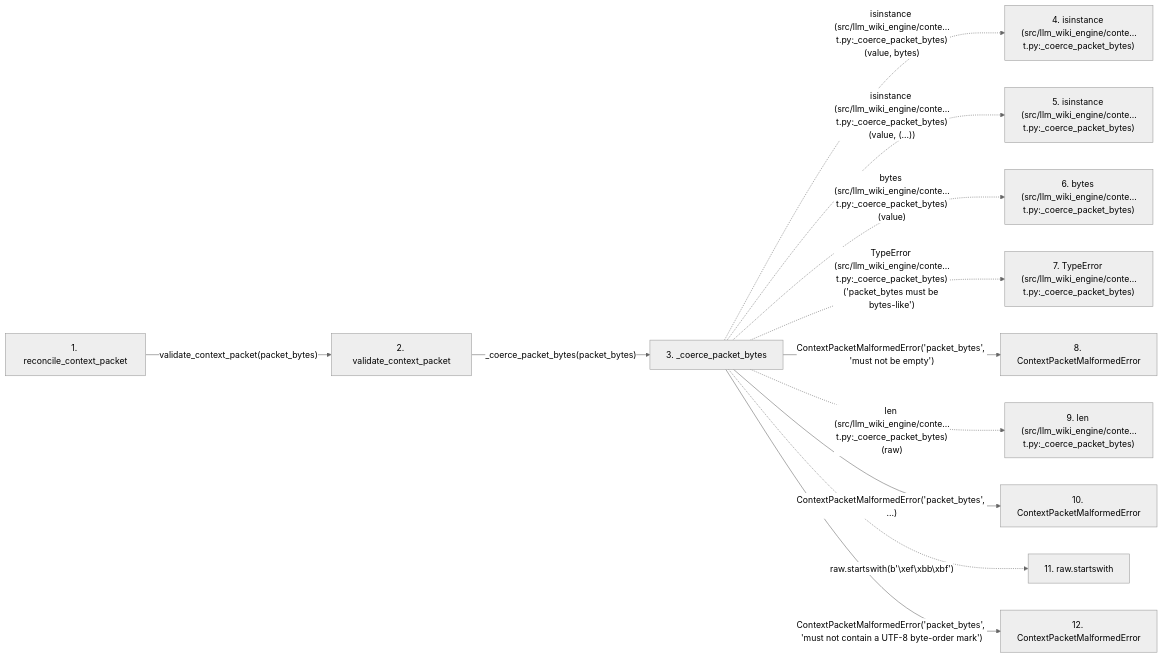
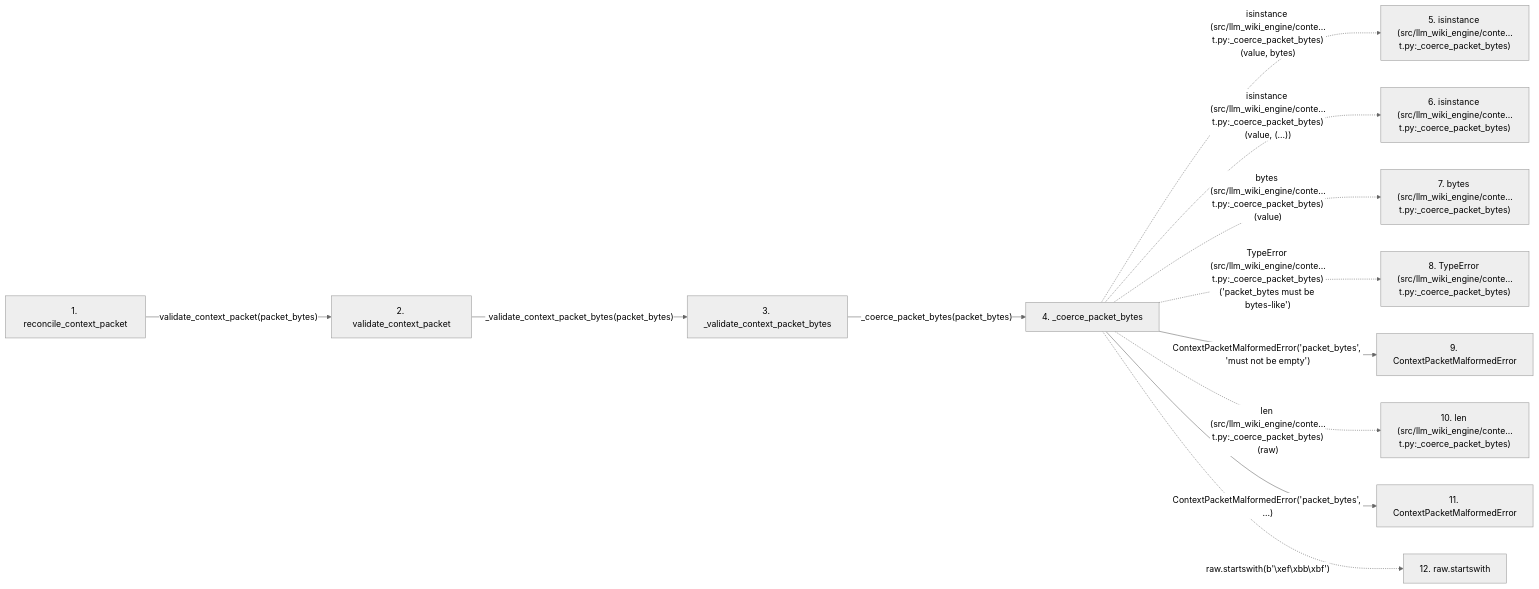
One commit to Denissvgn/python-wiki-llm changed the second of 2 diagrams in docs/llm_wiki/flows/api-reconcile_context_packet-context_packet_builder.md. Above: the diagram before and after it, drawn with Mermaid (neutral theme). The commit also changed other lines of this file and 869 other files, not shown here.

Commit message:
docs: refresh the wiki for the engine layout and producer opt-in

````diff
--- a/docs/llm_wiki/flows/api-reconcile_context_packet-context_packet_builder.md
+++ b/docs/llm_wiki/flows/api-reconcile_context_packet-context_packet_builder.md
@@ -196,32 +196,32 @@
 ```mermaid
 flowchart LR
     s1["1. reconcile_context_packet"]
     s2["2. validate_context_packet"]
-    s3["3. _coerce_packet_bytes"]
-    s4["4. isinstance (src/llm_wiki_engine/conte…t.py:_coerce_packet_bytes)"]
+    s3["3. _validate_context_packet_bytes"]
+    s4["4. _coerce_packet_bytes"]
     s5["5. isinstance (src/llm_wiki_engine/conte…t.py:_coerce_packet_bytes)"]
-    s6["6. bytes (src/llm_wiki_engine/conte…t.py:_coerce_packet_bytes)"]
-    s7["7. TypeError (src/llm_wiki_engine/conte…t.py:_coerce_packet_bytes)"]
-    s8["8. ContextPacketMalformedError"]
-    s9["9. len (src/llm_wiki_engine/conte…t.py:_coerce_packet_bytes)"]
-    s10["10. ContextPacketMalformedError"]
-    s11["11. raw.startswith"]
-    s12["12. ContextPacketMalformedError"]
+    s6["6. isinstance (src/llm_wiki_engine/conte…t.py:_coerce_packet_bytes)"]
+    s7["7. bytes (src/llm_wiki_engine/conte…t.py:_coerce_packet_bytes)"]
+    s8["8. TypeError (src/llm_wiki_engine/conte…t.py:_coerce_packet_bytes)"]
+    s9["9. ContextPacketMalformedError"]
+    s10["10. len (src/llm_wiki_engine/conte…t.py:_coerce_packet_bytes)"]
+    s11["11. ContextPacketMalformedError"]
+    s12["12. raw.startswith"]
     s1 -->|"validate_context_packet(packet_bytes)"| s2
-    s2 -->|"_coerce_packet_bytes(packet_bytes)"| s3
-    s3 -. "isinstance (src/llm_wiki_engine/conte…t.py:_coerce_packet_bytes)(value, bytes)" .-> s4
-    s3 -. "isinstance (src/llm_wiki_engine/conte…t.py:_coerce_packet_bytes)(value, (...))" .-> s5
-    s3 -. "bytes (src/llm_wiki_engine/conte…t.py:_coerce_packet_bytes)(value)" .-> s6
-    s3 -. "TypeError (src/llm_wiki_engine/conte…t.py:_coerce_packet_bytes)('packet_bytes must be bytes-like')" .-> s7
-    s3 -->|"ContextPacketMalformedError('packet_bytes', 'must not be empty')"| s8
-    s3 -. "len (src/llm_wiki_engine/conte…t.py:_coerce_packet_bytes)(raw)" .-> s9
-    s3 -->|"ContextPacketMalformedError('packet_bytes', ...)"| s10
-    s3 -. "raw.startswith(b'\xef\xbb\xbf')" .-> s11
-    s3 -->|"ContextPacketMalformedError('packet_bytes', 'must not contain a UTF-8 byte-order mark')"| s12
+    s2 -->|"_validate_context_packet_bytes(packet_bytes)"| s3
+    s3 -->|"_coerce_packet_bytes(packet_bytes)"| s4
+    s4 -. "isinstance (src/llm_wiki_engine/conte…t.py:_coerce_packet_bytes)(value, bytes)" .-> s5
+    s4 -. "isinstance (src/llm_wiki_engine/conte…t.py:_coerce_packet_bytes)(value, (...))" .-> s6
+    s4 -. "bytes (src/llm_wiki_engine/conte…t.py:_coerce_packet_bytes)(value)" .-> s7
+    s4 -. "TypeError (src/llm_wiki_engine/conte…t.py:_coerce_packet_bytes)('packet_bytes must be bytes-like')" .-> s8
+    s4 -->|"ContextPacketMalformedError('packet_bytes', 'must not be empty')"| s9
+    s4 -. "len (src/llm_wiki_engine/conte…t.py:_coerce_packet_bytes)(raw)" .-> s10
+    s4 -->|"ContextPacketMalformedError('packet_bytes', ...)"| s11
+    s4 -. "raw.startswith(b'\xef\xbb\xbf')" .-> s12
     click s1 "../modules/context_packet_builder.md"
     click s2 "../modules/context_packet.md"
     click s3 "../modules/context_packet.md"
-    click s8 "../modules/context_packet.md"
-    click s10 "../modules/context_packet.md"
-    click s12 "../modules/context_packet.md"
+    click s4 "../modules/context_packet.md"
+    click s9 "../modules/context_packet.md"
+    click s11 "../modules/context_packet.md"
 ```
````
